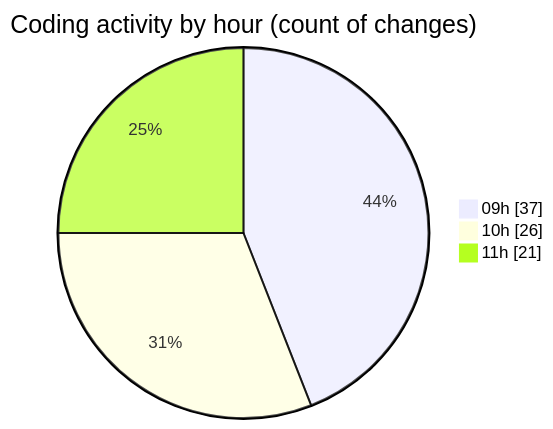
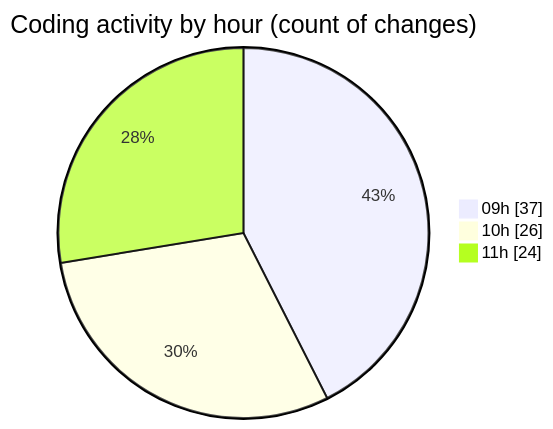
Before and after one commit to momahboobian/code-tracking: the second of 2 diagrams in 2025-11-14/cda/README.md, drawn with Mermaid. The commit also changed other lines of this file and 1 other file, not shown here.

````diff
--- a/2025-11-14/cda/README.md
+++ b/2025-11-14/cda/README.md
@@ -51,7 +52,7 @@
 ```mermaid
 pie showData
 title Coding activity by hour (count of changes)
 "09h" : 37
 "10h" : 26
-"11h" : 21
+"11h" : 24
 ```
````
